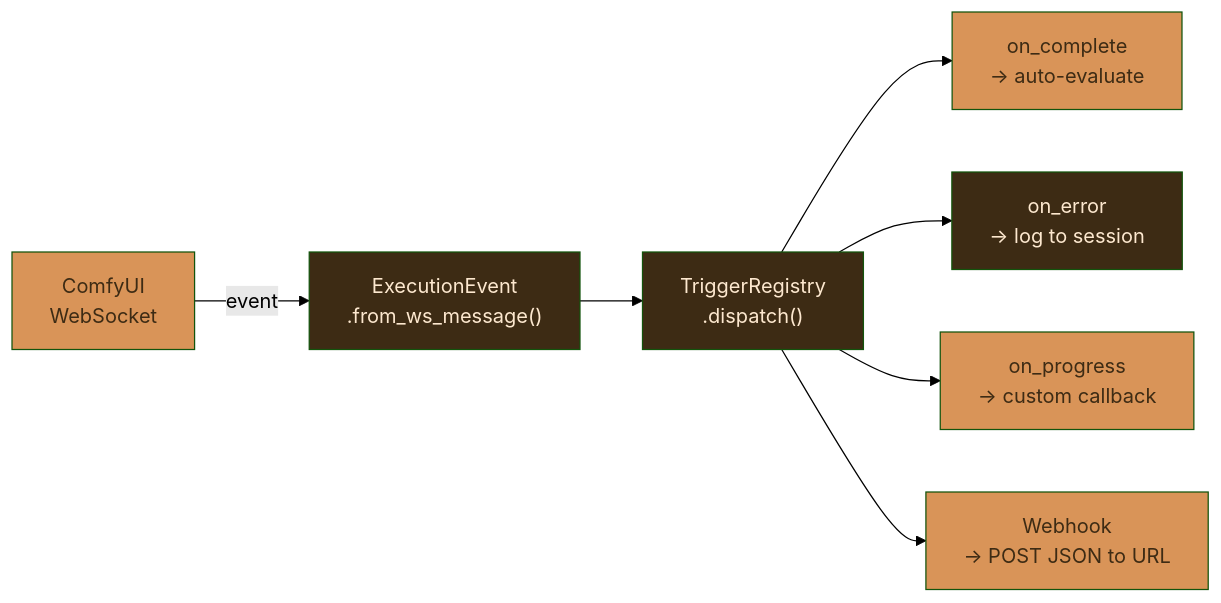
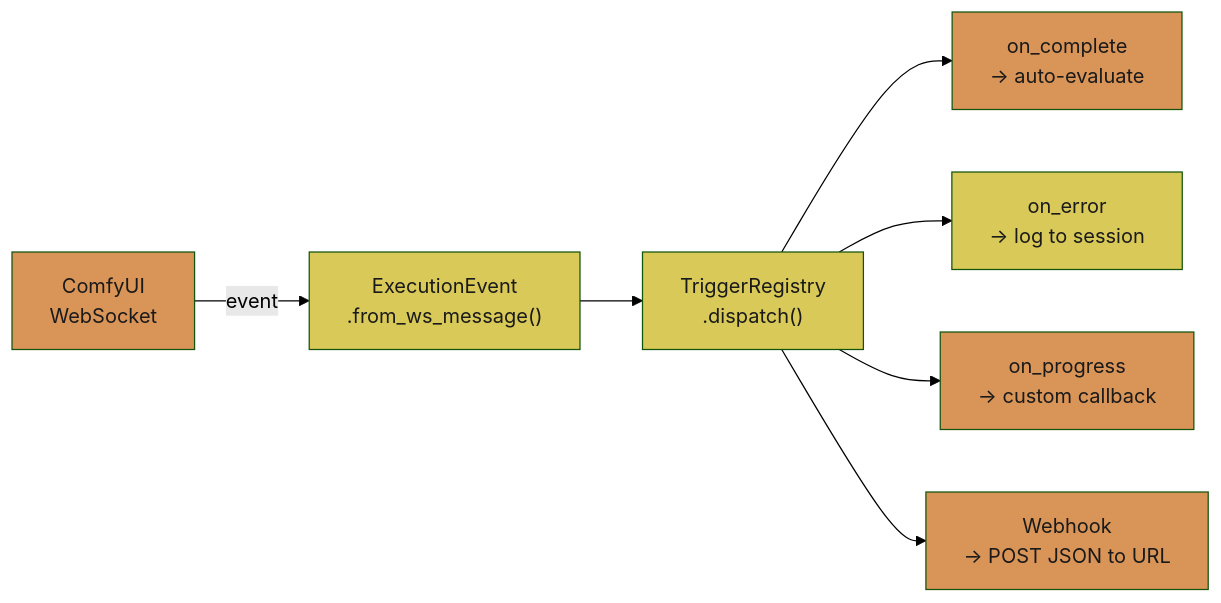
The ninth of 25 diagrams in README.md (JosephOIbrahim/Comfy-Cozy), drawn with Mermaid (forest theme) before and after one commit. The commit also changed other lines of this file, not shown here.

First line of the commit message:
[DOCS] Mermaid palette: two-tone muted orange/yellow with black text

````diff
--- a/README.md
+++ b/README.md
@@ -553,17 +553,17 @@
 ```mermaid
 flowchart LR
     WS["ComfyUI<br/>WebSocket"] -->|event| Parse["ExecutionEvent<br/>.from_ws_message()"]
     Parse --> Dispatch["TriggerRegistry<br/>.dispatch()"]
     Dispatch --> CB1["on_complete<br/>→ auto-evaluate"]
     Dispatch --> CB2["on_error<br/>→ log to session"]
     Dispatch --> CB3["on_progress<br/>→ custom callback"]
     Dispatch --> WH["Webhook<br/>→ POST JSON to URL"]
 
-    style WS fill:#d99458,color:#3d2b14
-    style Parse fill:#3d2b14,color:#fde8cf
-    style Dispatch fill:#3d2b14,color:#fde8cf
-    style CB1 fill:#d99458,color:#3d2b14
-    style CB2 fill:#3d2b14,color:#fde8cf
-    style CB3 fill:#d99458,color:#3d2b14
-    style WH fill:#d99458,color:#3d2b14
+    style WS fill:#d99458,color:#1a1a1a
+    style Parse fill:#d9c958,color:#1a1a1a
+    style Dispatch fill:#d9c958,color:#1a1a1a
+    style CB1 fill:#d99458,color:#1a1a1a
+    style CB2 fill:#d9c958,color:#1a1a1a
+    style CB3 fill:#d99458,color:#1a1a1a
+    style WH fill:#d99458,color:#1a1a1a
 ```
````
